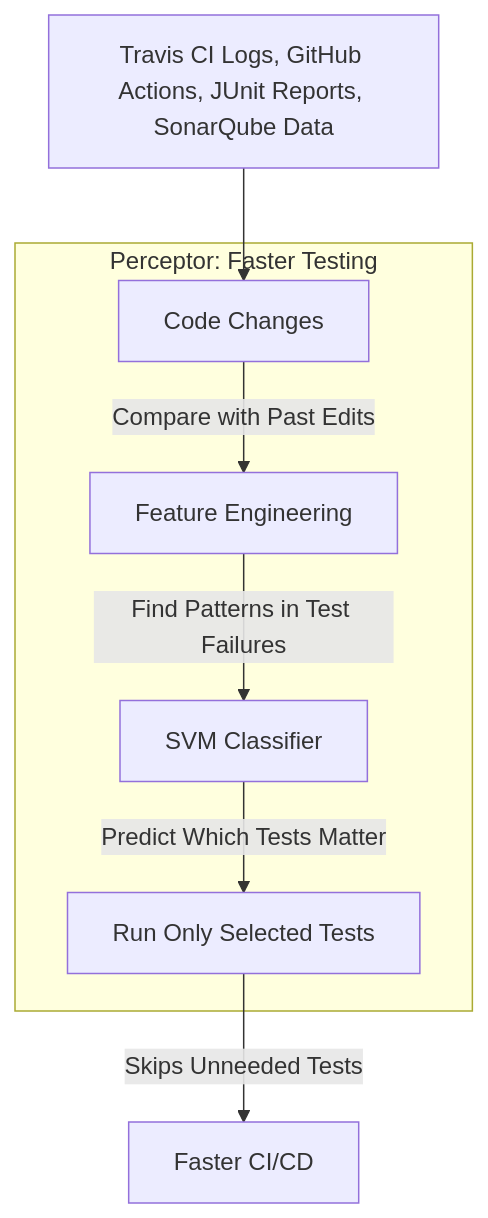
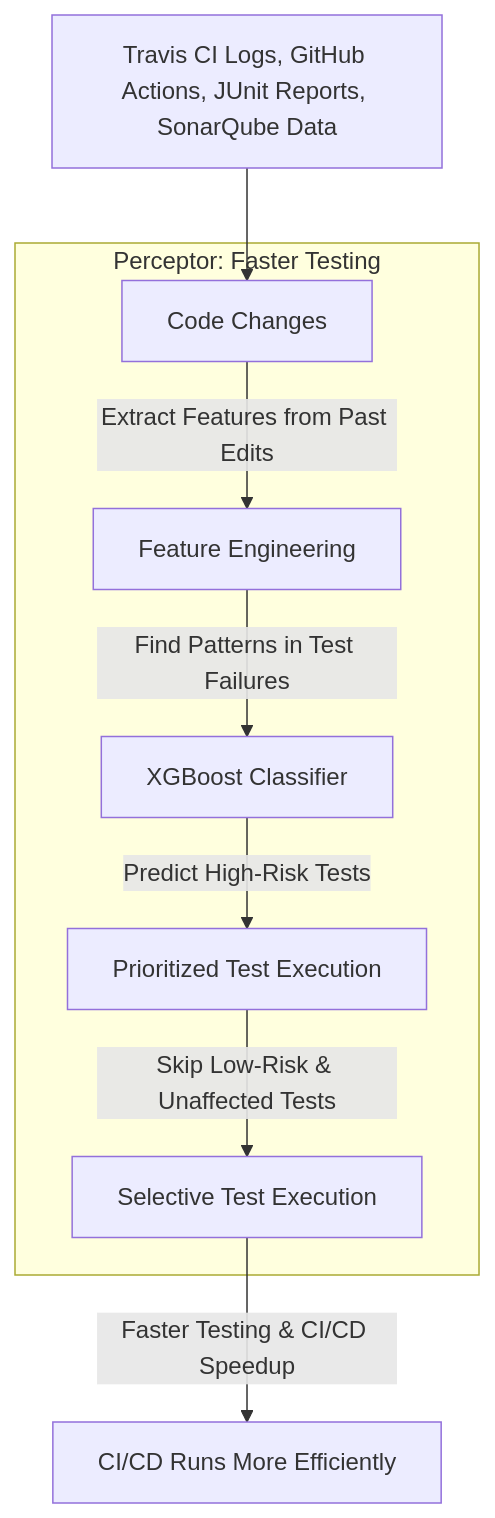
One commit to unfortunatelygeek/percy changed the fourth of 6 diagrams in README.md. Above: the diagram before and after it, drawn with Mermaid. The commit also changed other lines of this file, not shown here.

Commit message:
chore: fixed up diagrams of individual components to better illustrate the solution.

````diff
--- a/README.md
+++ b/README.md
@@ -95,11 +99,12 @@
 ```mermaid
 graph TD;
     subgraph Perceptor: Faster Testing
-        A1[Code Changes] -->|Compare with Past Edits| A2[Feature Engineering]
-        A2 -->|Find Patterns in Test Failures| B[SVM Classifier]
-        B -->|Predict Which Tests Matter| C[Run Only Selected Tests]
+        A1[Code Changes] -->|Extract Features from Past Edits| A2[Feature Engineering]
+        A2 -->|Find Patterns in Test Failures| B[XGBoost Classifier]
+        B -->|Predict High-Risk Tests| C[Prioritized Test Execution]
+        C -->|Skip Low-Risk & Unaffected Tests| D[Selective Test Execution]
     end
 
     Input["Travis CI Logs, GitHub Actions, JUnit Reports, SonarQube Data"] --> A1
-    C -->|Skips Unneeded Tests| Output["Faster CI/CD"]
+    D -->|Faster Testing & CI/CD Speedup| Output["CI/CD Runs More Efficiently"]
 ```
````
